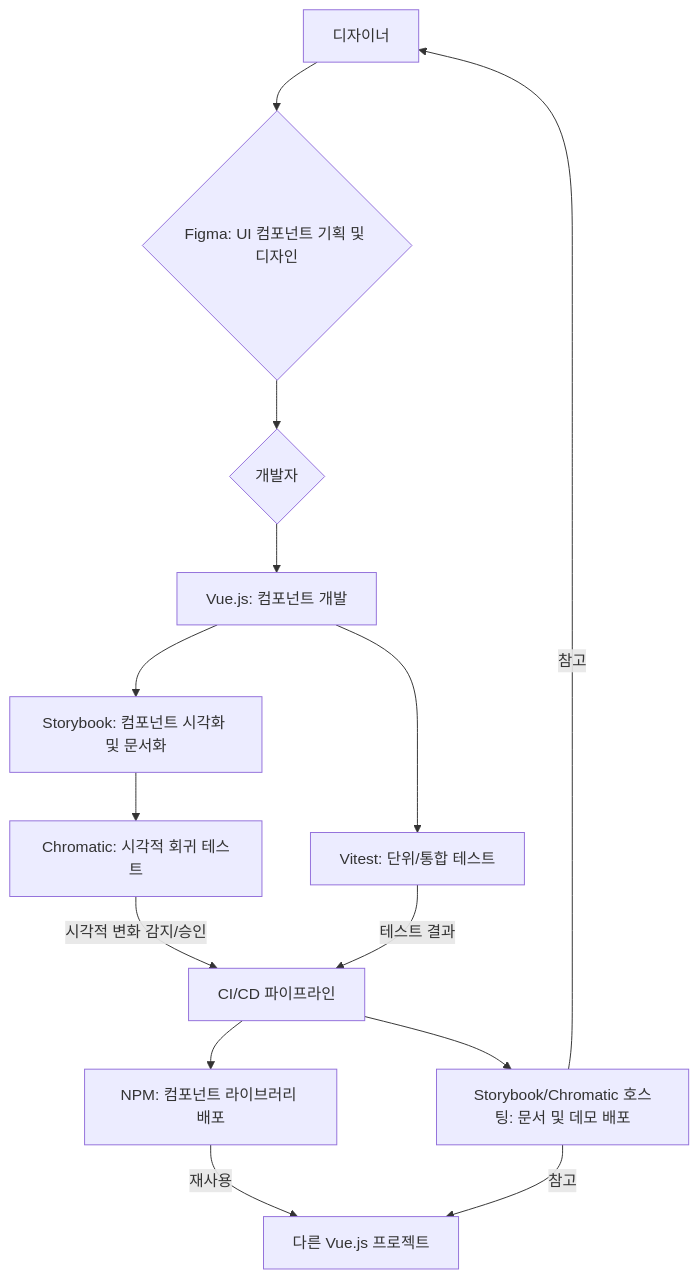
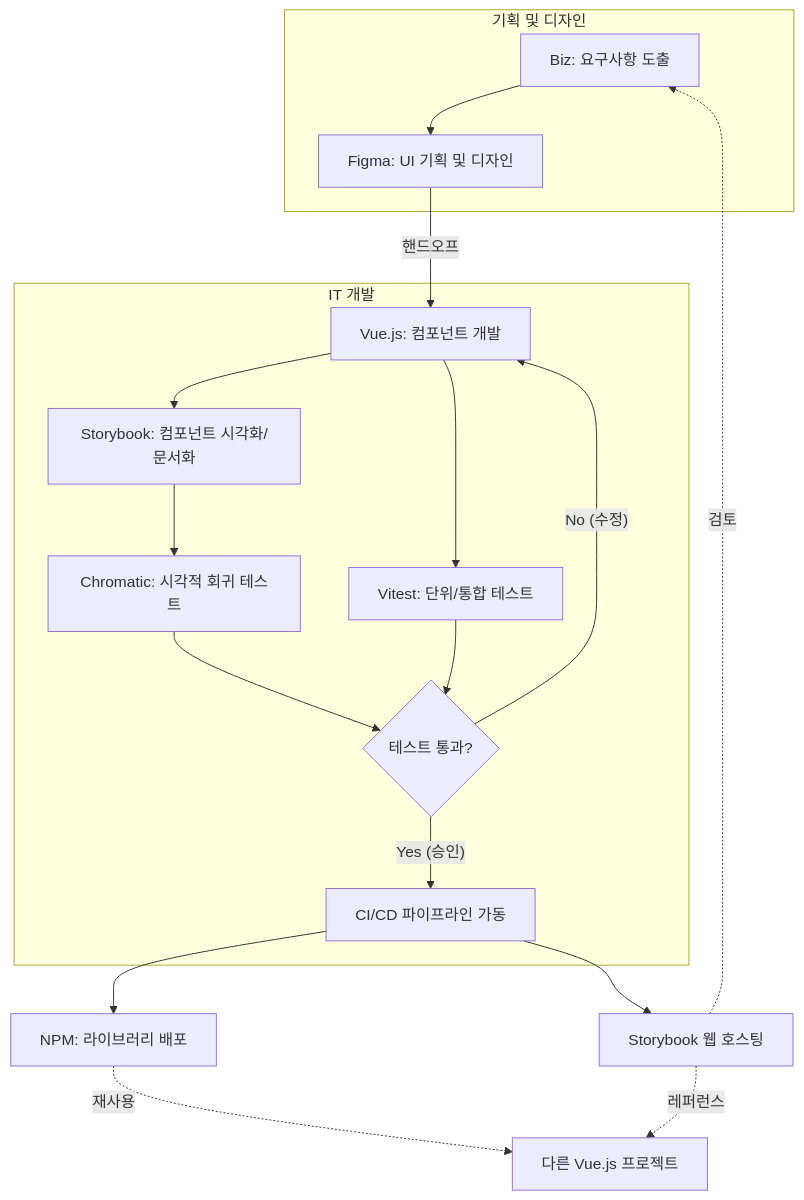
One commit to corollazer0/nhcx2025 changed the second of 2 diagrams in README.md. Above: the diagram before and after it, drawn with Mermaid. The commit also changed other lines of this file, not shown here.

````diff
--- a/README.md
+++ b/README.md
@@ -91,21 +61,33 @@
 ```mermaid
 graph TD
-    A[디자이너] --> B{Figma: UI 컴포넌트 기획 및 디자인};
-    B --> C{개발자};
+    %% 비즈니스 및 기획 영역
+    subgraph Planning ["기획 및 디자인"]
+        A[Biz: 요구사항 도출] --> B[Figma: UI 기획 및 디자인]
+    end
 
-    C --> D[Vue.js: 컴포넌트 개발];
-    D --> E[Storybook: 컴포넌트 시각화 및 문서화];
+    %% 개발 및 배포 영역
+    subgraph Development ["IT 개발"]
+        B -- 핸드오프 --> D[Vue.js: 컴포넌트 개발]
+        
+        D --> E[Storybook: 컴포넌트 시각화/문서화]
+        D --> G[Vitest: 단위/통합 테스트]
+        E --> F[Chromatic: 시각적 회귀 테스트]
 
-    E --> F[Chromatic: 시각적 회귀 테스트];
-    D --> G[Vitest: 단위/통합 테스트];
+        %% 테스트 결과를 모아서 판단
+        F --> H{테스트 통과?}
+        G --> H
 
-    F -- 시각적 변화 감지/승인 --> H[CI/CD 파이프라인];
-    G -- 테스트 결과 --> H;
+        %% 분기 처리 (Decision)
+        H -- No (수정) --> D
+        H -- Yes (승인) --> I[CI/CD 파이프라인 가동]
+    end
 
-    H --> I[NPM: 컴포넌트 라이브러리 배포];
-    H --> J[Storybook/Chromatic 호스팅: 문서 및 데모 배포];
+    %% 배포 및 결과
+    I --> J[NPM: 라이브러리 배포]
+    I --> K[Storybook 웹 호스팅]
 
-    I -- 재사용 --> K[다른 Vue.js 프로젝트];
-    J -- 참고 --> A;
-    J -- 참고 --> K;
+    %% 피드백 및 재사용 루프
+    J -. 재사용 .-> L[다른 Vue.js 프로젝트]
+    K -. 검토 .-> A
+    K -. 레퍼런스 .-> L
 ```
````
